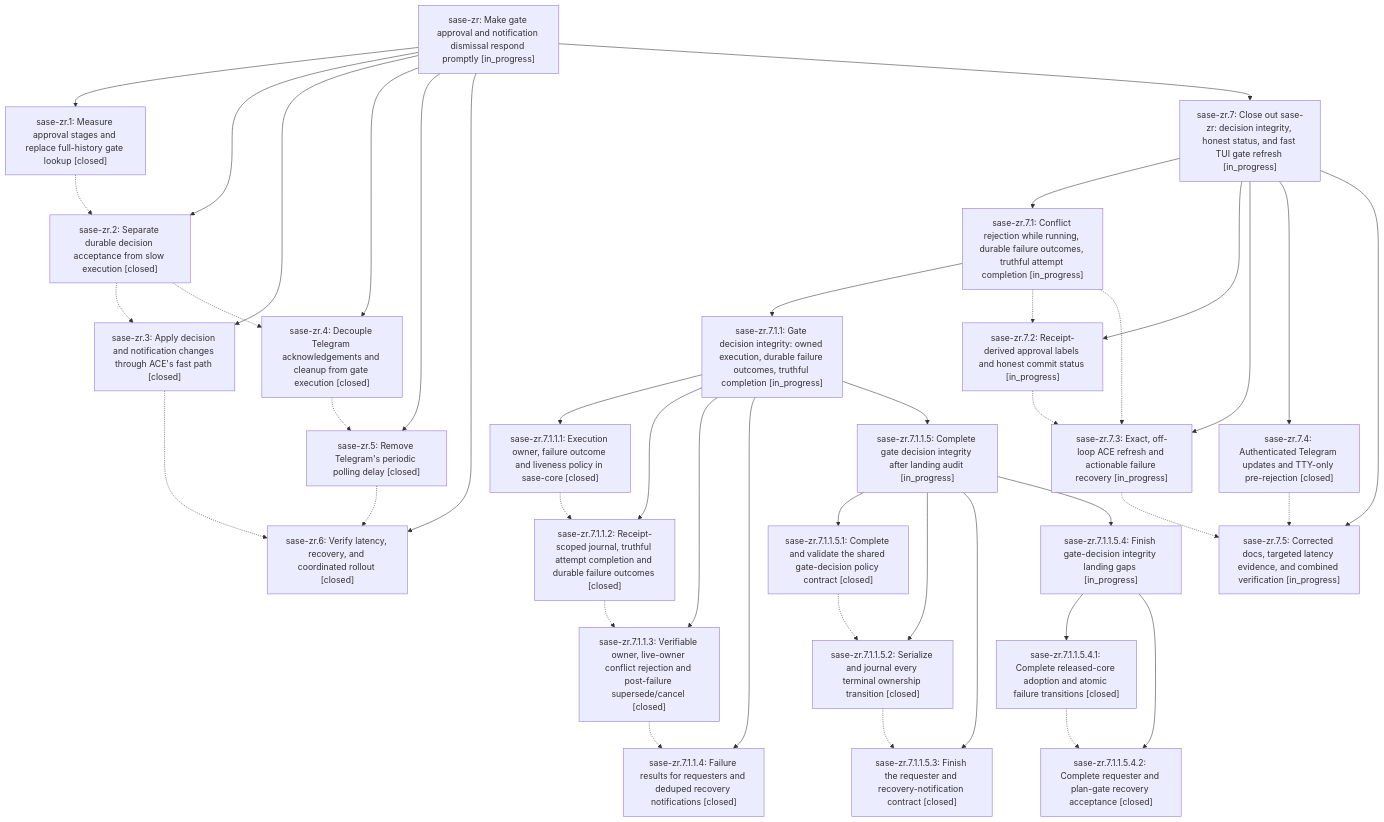
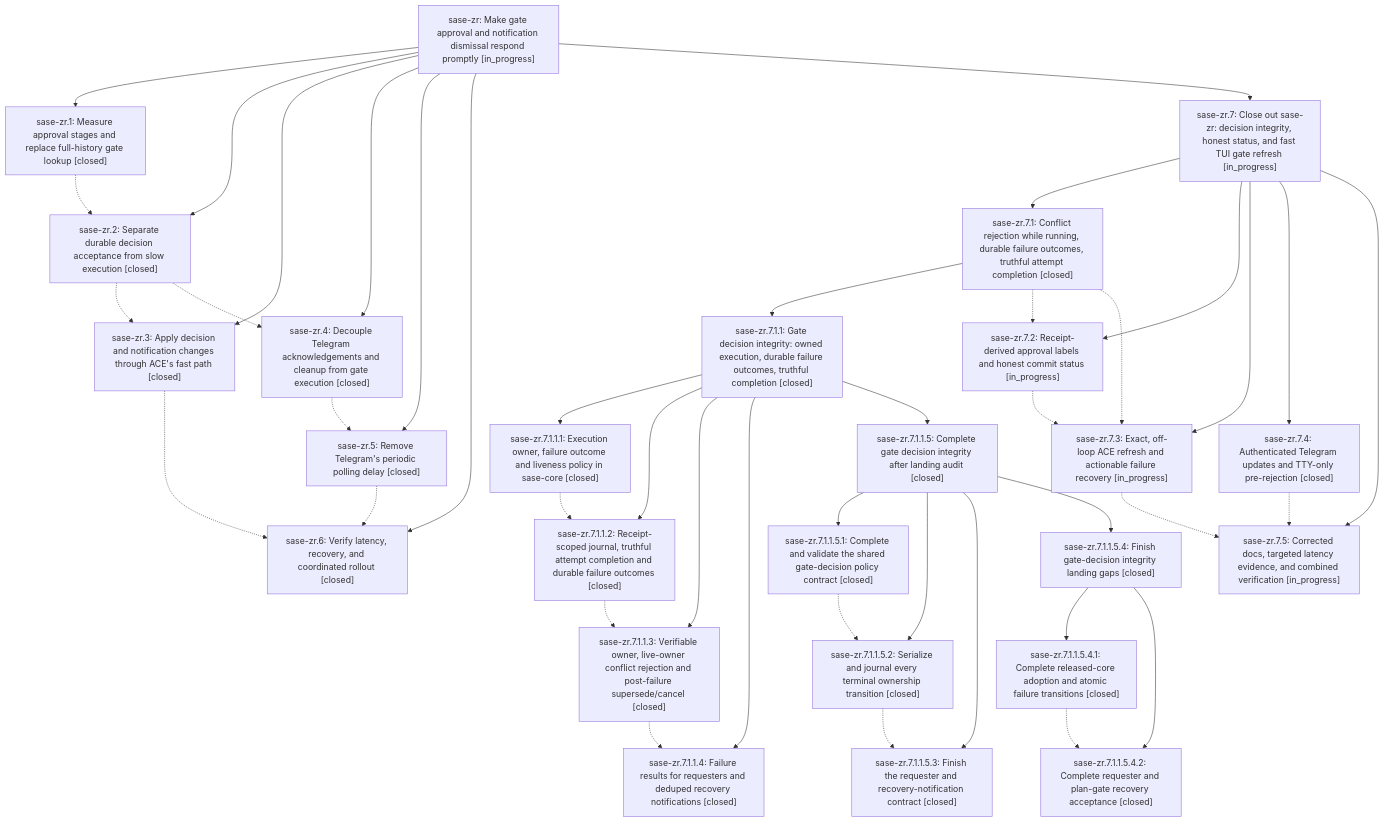
The diagram in pages/sase-zr/README.md (sase-org/sase--beads), drawn with Mermaid before and after one commit. The commit also changed other lines of this file and 7 other files, not shown here.

````diff
--- a/pages/sase-zr/README.md
+++ b/pages/sase-zr/README.md
@@ -92,69 +92,69 @@
 ```mermaid
 flowchart TD
     n0["sase-zr: Make gate approval and notification dismissal respond promptly [in_progress]"]
     n1["sase-zr.1: Measure approval stages and replace full-history gate lookup [closed]"]
     n2["sase-zr.2: Separate durable decision acceptance from slow execution [closed]"]
     n3["sase-zr.3: Apply decision and notification changes through ACE's fast path [closed]"]
     n4["sase-zr.4: Decouple Telegram acknowledgements and cleanup from gate execution [closed]"]
     n5["sase-zr.5: Remove Telegram's periodic polling delay [closed]"]
     n6["sase-zr.6: Verify latency, recovery, and coordinated rollout [closed]"]
     n7["sase-zr.7: Close out sase-zr: decision integrity, honest status, and fast TUI gate refresh [in_progress]"]
-    n8["sase-zr.7.1: Conflict rejection while running, durable failure outcomes, truthful attempt completion [in_progress]"]
-    n9["sase-zr.7.1.1: Gate decision integrity: owned execution, durable failure outcomes, truthful completion [in_progress]"]
+    n8["sase-zr.7.1: Conflict rejection while running, durable failure outcomes, truthful attempt completion [closed]"]
+    n9["sase-zr.7.1.1: Gate decision integrity: owned execution, durable failure outcomes, truthful completion [closed]"]
     n10["sase-zr.7.1.1.1: Execution owner, failure outcome and liveness policy in sase-core [closed]"]
     n11["sase-zr.7.1.1.2: Receipt-scoped journal, truthful attempt completion and durable failure outcomes [closed]"]
     n12["sase-zr.7.1.1.3: Verifiable owner, live-owner conflict rejection and post-failure supersede/cancel [closed]"]
     n13["sase-zr.7.1.1.4: Failure results for requesters and deduped recovery notifications [closed]"]
-    n14["sase-zr.7.1.1.5: Complete gate decision integrity after landing audit [in_progress]"]
+    n14["sase-zr.7.1.1.5: Complete gate decision integrity after landing audit [closed]"]
     n15["sase-zr.7.1.1.5.1: Complete and validate the shared gate-decision policy contract [closed]"]
     n16["sase-zr.7.1.1.5.2: Serialize and journal every terminal ownership transition [closed]"]
     n17["sase-zr.7.1.1.5.3: Finish the requester and recovery-notification contract [closed]"]
-    n18["sase-zr.7.1.1.5.4: Finish gate-decision integrity landing gaps [in_progress]"]
+    n18["sase-zr.7.1.1.5.4: Finish gate-decision integrity landing gaps [closed]"]
     n19["sase-zr.7.1.1.5.4.1: Complete released-core adoption and atomic failure transitions [closed]"]
     n20["sase-zr.7.1.1.5.4.2: Complete requester and plan-gate recovery acceptance [closed]"]
     n21["sase-zr.7.2: Receipt-derived approval labels and honest commit status [in_progress]"]
     n22["sase-zr.7.3: Exact, off-loop ACE refresh and actionable failure recovery [in_progress]"]
     n23["sase-zr.7.4: Authenticated Telegram updates and TTY-only pre-rejection [closed]"]
     n24["sase-zr.7.5: Corrected docs, targeted latency evidence, and combined verification [in_progress]"]
     n0 --> n1
     n0 --> n2
     n0 --> n3
     n0 --> n4
     n0 --> n5
     n0 --> n6
     n0 --> n7
     n7 --> n8
     n8 --> n9
     n9 --> n10
     n9 --> n11
     n9 --> n12
     n9 --> n13
     n9 --> n14
     n14 --> n15
     n14 --> n16
     n14 --> n17
     n14 --> n18
     n18 --> n19
     n18 --> n20
     n7 --> n21
     n7 --> n22
     n7 --> n23
     n7 --> n24
     n1 -.-> n2
     n2 -.-> n3
     n2 -.-> n4
     n3 -.-> n6
     n4 -.-> n5
     n5 -.-> n6
     n8 -.-> n21
     n8 -.-> n22
     n10 -.-> n11
     n11 -.-> n12
     n12 -.-> n13
     n15 -.-> n16
     n16 -.-> n17
     n19 -.-> n20
     n21 -.-> n22
     n22 -.-> n24
     n23 -.-> n24
 ```
````
